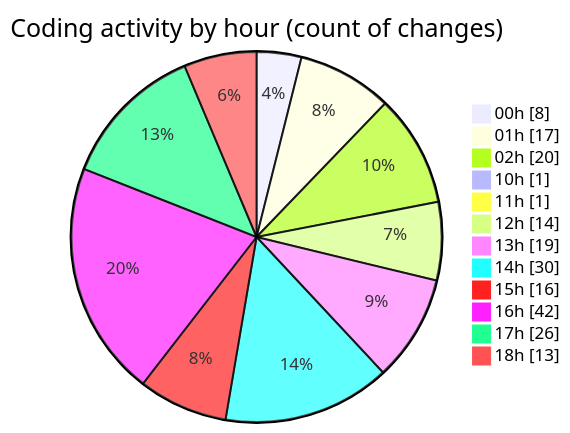
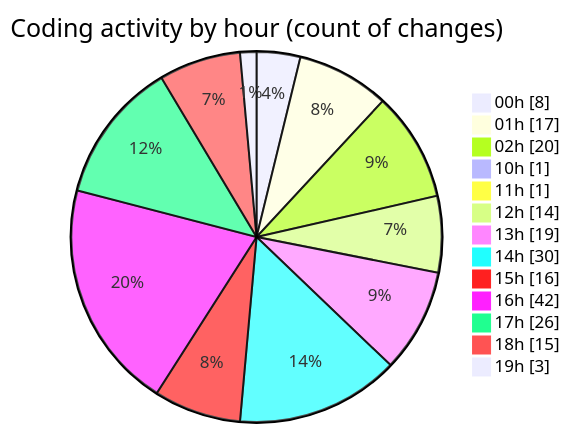
One commit to Elitesun/code-tracking changed the second of 2 diagrams in 2025-05-02/niten/README.md. Above: the diagram before and after it, drawn with Mermaid. The commit also changed other lines of this file and 1 other file, not shown here.

````diff
--- a/2025-05-02/niten/README.md
+++ b/2025-05-02/niten/README.md
@@ -81,16 +83,17 @@
 ```mermaid
 pie showData
 title Coding activity by hour (count of changes)
 "00h" : 8
 "01h" : 17
 "02h" : 20
 "10h" : 1
 "11h" : 1
 "12h" : 14
 "13h" : 19
 "14h" : 30
 "15h" : 16
 "16h" : 42
 "17h" : 26
-"18h" : 13
+"18h" : 15
+"19h" : 3
 ```
````
